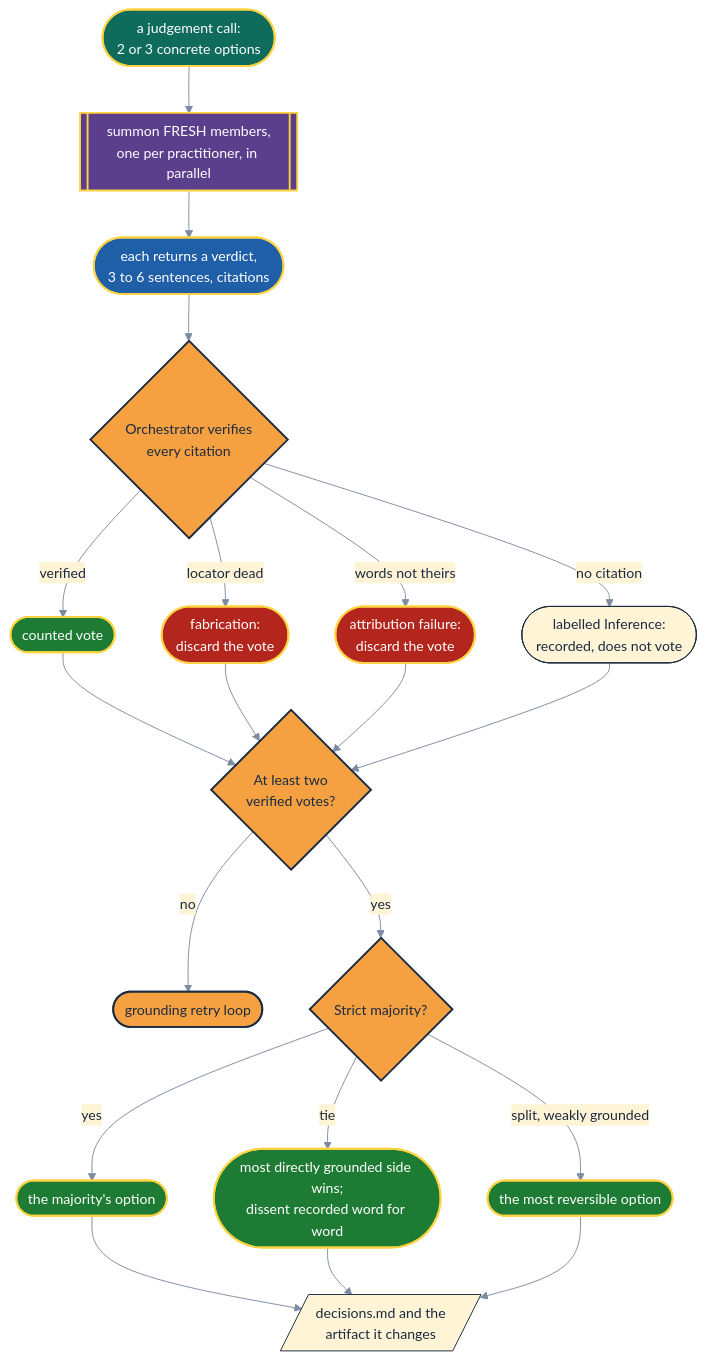
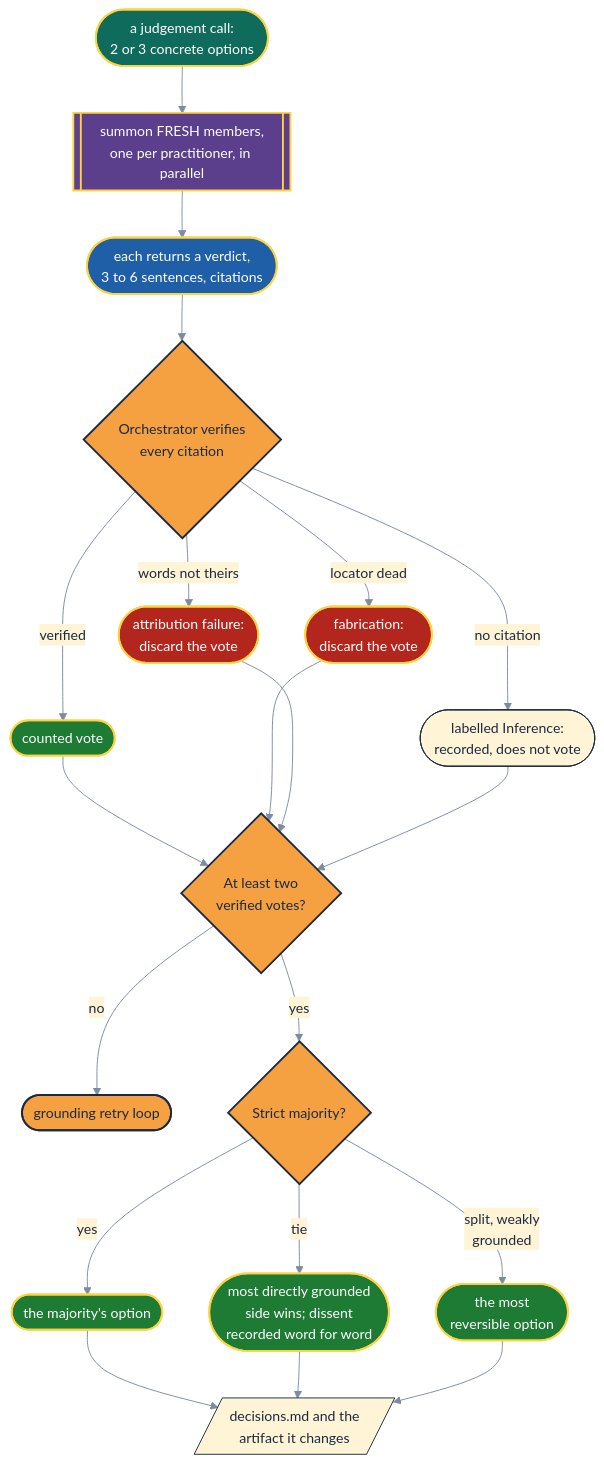
One commit to RubberDuckEngineering/ai-did-it changed the first of 3 diagrams in docs/panel.md. Above: the diagram before and after it, drawn with Mermaid. The commit also changed other lines of this file and 16 other files, not shown here.

````diff
--- a/docs/panel.md
+++ b/docs/panel.md
@@ -30,30 +30,32 @@
 ```mermaid
-%%{init: {"theme": "base", "themeVariables": {"fontSize": "15px", "primaryColor": "#FFF4D6", "primaryTextColor": "#1B2A41", "primaryBorderColor": "#1B2A41", "textColor": "#1B2A41", "lineColor": "#7C8BA1", "edgeLabelBackground": "#FFF4D6", "clusterBkg": "#1B2A41", "clusterBorder": "#FFD23F", "titleColor": "#FFD23F"}}}%%
+%%{init: {"theme": "base", "themeVariables": {"fontSize": "15px", "primaryColor": "#FFF4D6", "primaryTextColor": "#1B2A41", "primaryBorderColor": "#1B2A41", "textColor": "#1B2A41", "lineColor": "#7C8BA1", "edgeLabelBackground": "#FFF4D6", "clusterBkg": "#1B2A41", "clusterBorder": "#FFD23F", "titleColor": "#FFD23F"}, "flowchart": {"diagramPadding": 8}}}%%
 flowchart TB
     Q(["a judgement call:<br/>2 or 3 concrete options"]):::link --> SUM[["summon FRESH members,<br/>one per practitioner, in parallel"]]:::panel
     SUM --> POS(["each returns a verdict,<br/>3 to 6 sentences, citations"]):::persona
     POS --> VER{"Orchestrator verifies<br/>every citation"}:::gate
     VER -->|"locator dead"| FAB(["fabrication:<br/>discard the vote"]):::stop
     VER -->|"words not theirs"| ATT(["attribution failure:<br/>discard the vote"]):::stop
     VER -->|"no citation"| INF(["labelled Inference:<br/>recorded, does not vote"]):::note
     VER -->|"verified"| VOTE(["counted vote"]):::ok
+    FAB ~~~ INF
+    ATT ~~~ VOTE
     VOTE --> GR{"At least two<br/>verified votes?"}:::gate
     FAB --> GR
     ATT --> GR
     INF --> GR
     GR -->|"no"| RETRY(["grounding retry loop"]):::gate
     GR -->|"yes"| MAJ{"Strict majority?"}:::gate
     MAJ -->|"yes"| WIN(["the majority's option"]):::ok
-    MAJ -->|"tie"| TIE(["most directly grounded side wins;<br/>dissent recorded word for word"]):::ok
-    MAJ -->|"split, weakly grounded"| REV(["the most reversible option"]):::ok
+    MAJ -->|"tie"| TIE(["most directly grounded<br/>side wins; dissent<br/>recorded word for word"]):::ok
+    MAJ -->|"split, weakly<br/>grounded"| REV(["the most<br/>reversible option"]):::ok
     WIN --> LOG[/"decisions.md and the<br/>artifact it changes"/]:::note
     TIE --> LOG
     REV --> LOG
     classDef link fill:#0F6B5C,color:#FFFFFF,stroke:#FFD23F,stroke-width:2px
     classDef gate fill:#F5A142,color:#1B2A41,stroke:#1B2A41,stroke-width:2px
     classDef panel fill:#5B3F8C,color:#FFFFFF,stroke:#FFD23F,stroke-width:2px
     classDef stop fill:#B3261E,color:#FFFFFF,stroke:#FFD23F,stroke-width:2px
     classDef ok fill:#1E7B34,color:#FFFFFF,stroke:#FFD23F,stroke-width:2px
     classDef note fill:#FFF4D6,color:#1B2A41,stroke:#1B2A41,stroke-width:1px
     classDef persona fill:#1F5FA8,color:#FFFFFF,stroke:#FFD23F,stroke-width:2px
 ```
````
